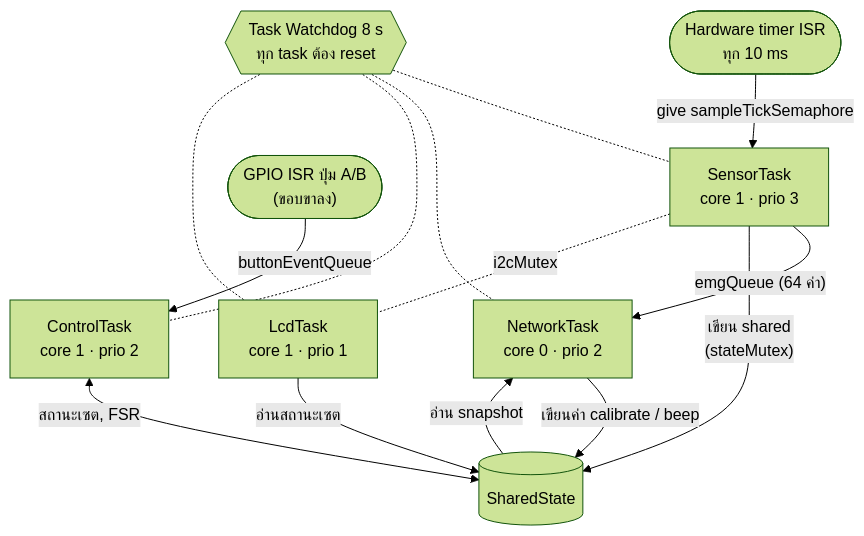
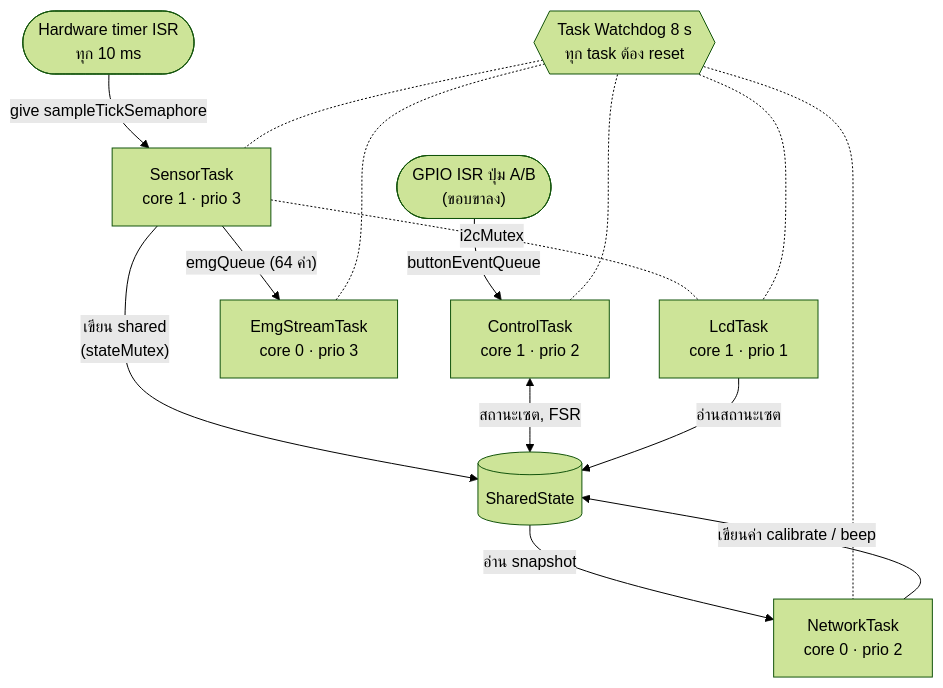
Before and after one commit to Fishcanwalk/muscle-activity-analyzer: the third of 4 diagrams in docs/system_overview.md, drawn with Mermaid (forest theme). The commit also changed other lines of this file and 13 other files, not shown here.

````diff
--- a/docs/system_overview.md
+++ b/docs/system_overview.md
@@ -163,15 +179,15 @@
 ```mermaid
 flowchart TB
     TMR(["Hardware timer ISR<br/>ทุก 10 ms"]) -- "give sampleTickSemaphore" --> ST
     BTN(["GPIO ISR ปุ่ม A/B<br/>(ขอบขาลง)"]) -- "buttonEventQueue" --> CT
 
-    ST["SensorTask<br/>core 1 · prio 3"] -- "emgQueue (64 ค่า)" --> NT
+    ST["SensorTask<br/>core 1 · prio 3"] -- "emgQueue (64 ค่า)" --> ET["EmgStreamTask<br/>core 0 · prio 3"]
     ST -- "เขียน shared<br/>(stateMutex)" --> SH[("SharedState")]
     SH -- "อ่าน snapshot" --> NT["NetworkTask<br/>core 0 · prio 2"]
     NT -- "เขียนค่า calibrate / beep" --> SH
     CT["ControlTask<br/>core 1 · prio 2"] <-- "สถานะเซต, FSR" --> SH
     LT["LcdTask<br/>core 1 · prio 1"] -- "อ่านสถานะเซต" --> SH
 
     ST -.-|i2cMutex| LT
-    WDT{{"Task Watchdog 8 s<br/>ทุก task ต้อง reset"}} -.- ST & NT & CT & LT
+    WDT{{"Task Watchdog 8 s<br/>ทุก task ต้อง reset"}} -.- ST & ET & NT & CT & LT
 ```
````
